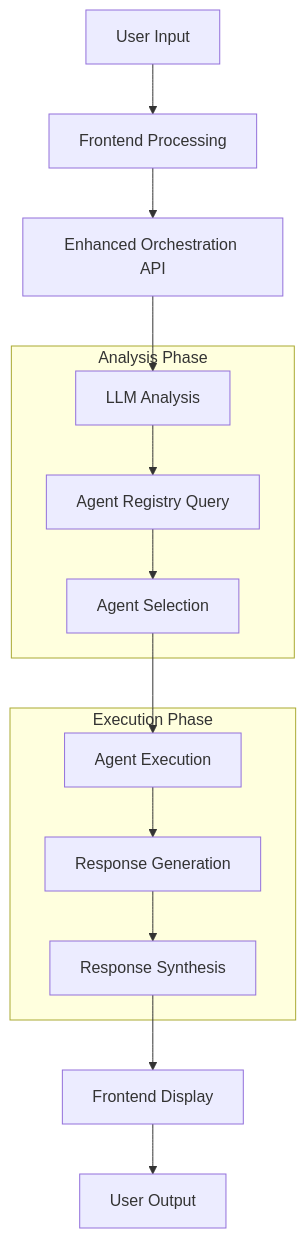
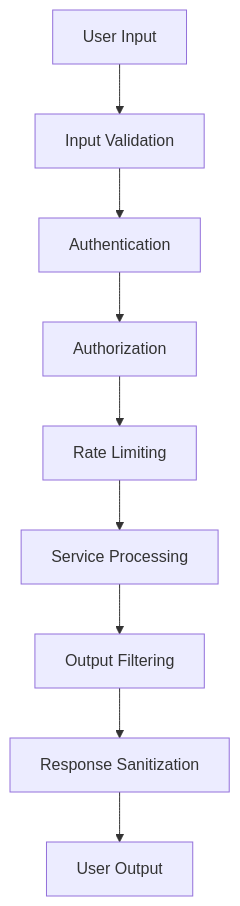
The ninth of 11 diagrams in ARCHITECTURE.md (ashfrnndz21/AgentOS_Latest_Release), drawn with Mermaid before and after one commit. The commit also changed other lines of this file and 174 other files, not shown here.

First line of the commit message:
feat: Enhanced AgentOS Studio Strands v1.1 with comprehensive documentation

````diff
--- a/ARCHITECTURE.md
+++ b/ARCHITECTURE.md
@@ -217,25 +328,11 @@
 ```mermaid
-flowchart TD
-    A[User Input] --> B[Frontend Processing]
-    B --> C[Enhanced Orchestration API]
-    C --> D[LLM Analysis]
-    D --> E[Agent Registry Query]
-    E --> F[Agent Selection]
-    F --> G[Agent Execution]
-    G --> H[Response Generation]
-    H --> I[Response Synthesis]
-    I --> J[Frontend Display]
-    J --> K[User Output]
-    
-    subgraph "Analysis Phase"
-        D
-        E
-        F
-    end
-    
-    subgraph "Execution Phase"
-        G
-        H
-        I
-    end
+graph TD
+    A[User Input] --> B[Input Validation]
+    B --> C[Authentication]
+    C --> D[Authorization]
+    D --> E[Rate Limiting]
+    E --> F[Service Processing]
+    F --> G[Output Filtering]
+    G --> H[Response Sanitization]
+    H --> I[User Output]
 ```
````
